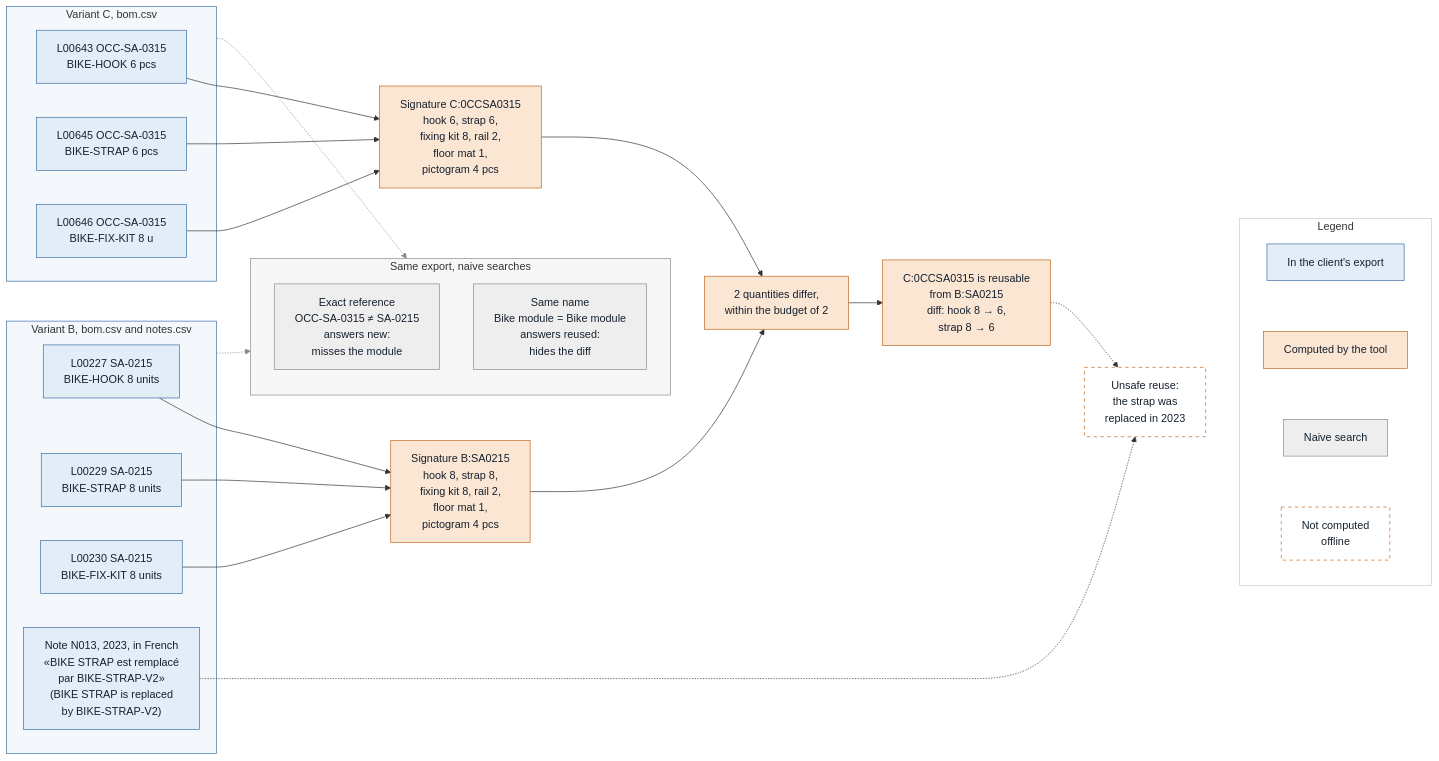
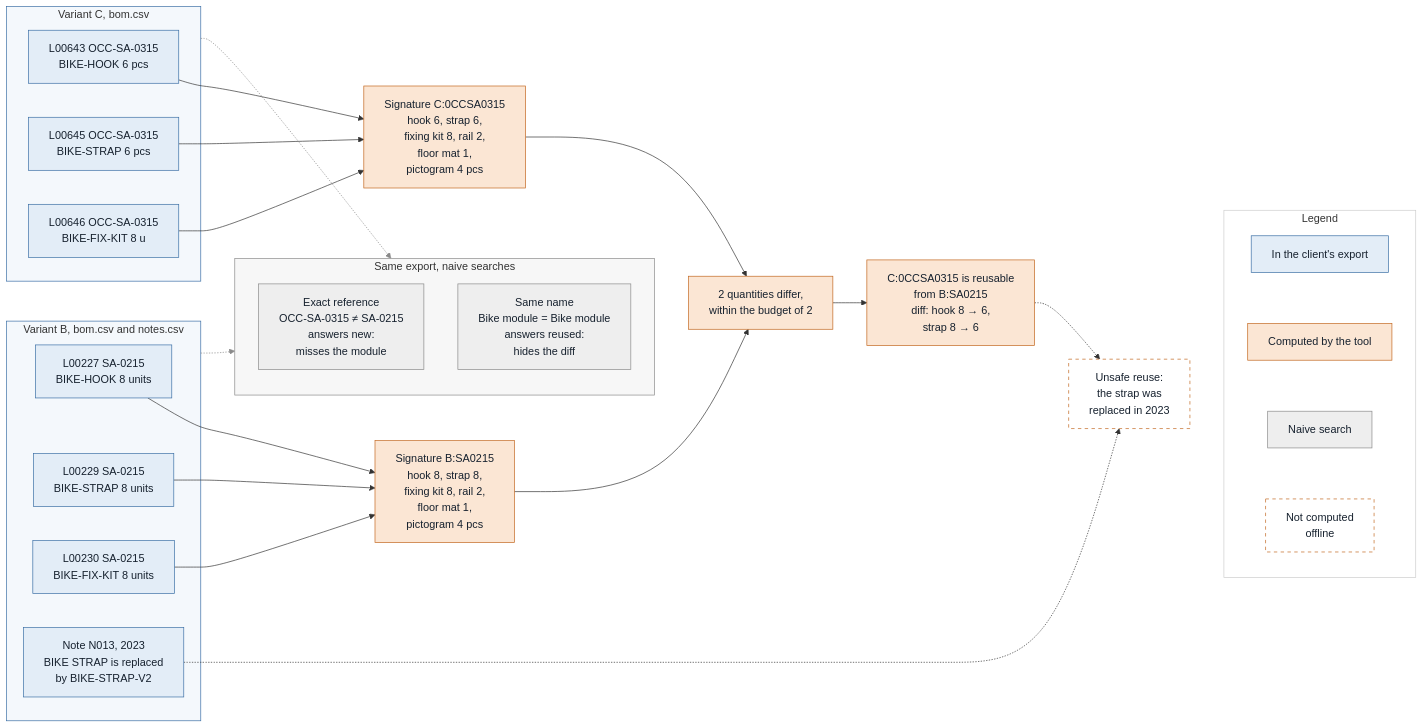
Before and after one commit to BluegReeno/alstom-bom-reuse: the second of 2 diagrams in README.md, drawn with Mermaid. The commit also changed other lines of this file, not shown here.

First line of the commit message:
docs: README — note N013 in English in the walkthrough diagram

````diff
--- a/README.md
+++ b/README.md
@@ -96,56 +96,56 @@
 ```mermaid
 flowchart LR
     subgraph B["Variant B, bom.csv and notes.csv"]
         B1["L00227 SA-0215<br/>BIKE-HOOK 8 units"]
         B2["L00229 SA-0215<br/>BIKE-STRAP 8 units"]
         B3["L00230 SA-0215<br/>BIKE-FIX-KIT 8 units"]
-        N13["Note N013, 2023, in French<br/>«BIKE STRAP est remplacé<br/>par BIKE-STRAP-V2»<br/>(BIKE STRAP is replaced<br/>by BIKE-STRAP-V2)"]
+        N13["Note N013, 2023<br/>BIKE STRAP is replaced<br/>by BIKE-STRAP-V2"]
     end
     subgraph C["Variant C, bom.csv"]
         C1["L00643 OCC-SA-0315<br/>BIKE-HOOK 6 pcs"]
         C2["L00645 OCC-SA-0315<br/>BIKE-STRAP 6 pcs"]
         C3["L00646 OCC-SA-0315<br/>BIKE-FIX-KIT 8 u"]
     end
 
     SB["Signature B:SA0215<br/>hook 8, strap 8,<br/>fixing kit 8, rail 2,<br/>floor mat 1,<br/>pictogram 4 pcs"]
     SC["Signature C:0CCSA0315<br/>hook 6, strap 6,<br/>fixing kit 8, rail 2,<br/>floor mat 1,<br/>pictogram 4 pcs"]
     CMP["2 quantities differ,<br/>within the budget of 2"]
     PR["C:0CCSA0315 is reusable<br/>from B:SA0215<br/>diff: hook 8 → 6,<br/>strap 8 → 6"]
     U["Unsafe reuse:<br/>the strap was<br/>replaced in 2023"]
 
     subgraph NAIVE["Same export, naive searches"]
         X1["Exact reference<br/>OCC-SA-0315 ≠ SA-0215<br/>answers new:<br/>misses the module"]
         X2["Same name<br/>Bike module = Bike module<br/>answers reused:<br/>hides the diff"]
     end
 
     subgraph LEGEND["Legend"]
         K1["In the client's export"]
         K2["Computed by the tool"]
         K3["Naive search"]
         K4["Not computed<br/>offline"]
     end
 
     B1 & B2 & B3 --> SB
     C1 & C2 & C3 --> SC
     SB & SC --> CMP --> PR
     N13 -.-> U
     PR -.-> U
     B -.-> NAIVE
     C -.-> NAIVE
     K1 ~~~ K2 ~~~ K3 ~~~ K4
     U ~~~ LEGEND
 
     classDef client fill:#E3EDF7,stroke:#3A6EA5,color:#16212E
     classDef computed fill:#FBE6D4,stroke:#C2661E,color:#16212E
     classDef naive fill:#EEEEEE,stroke:#8A8A8A,color:#16212E
     classDef pending fill:#FFFFFF,stroke:#C2661E,stroke-dasharray:5 5,color:#16212E
     class B1,B2,B3,C1,C2,C3,N13,K1 client
     class SB,SC,CMP,PR,K2 computed
     class X1,X2,K3 naive
     class U,K4 pending
     style B fill:#F4F8FC,stroke:#3A6EA5
     style C fill:#F4F8FC,stroke:#3A6EA5
     style NAIVE fill:#F7F7F7,stroke:#8A8A8A
     style LEGEND fill:#FFFFFF,stroke:#CCCCCC
     linkStyle 11,12 stroke:#8A8A8A
 ```
````
